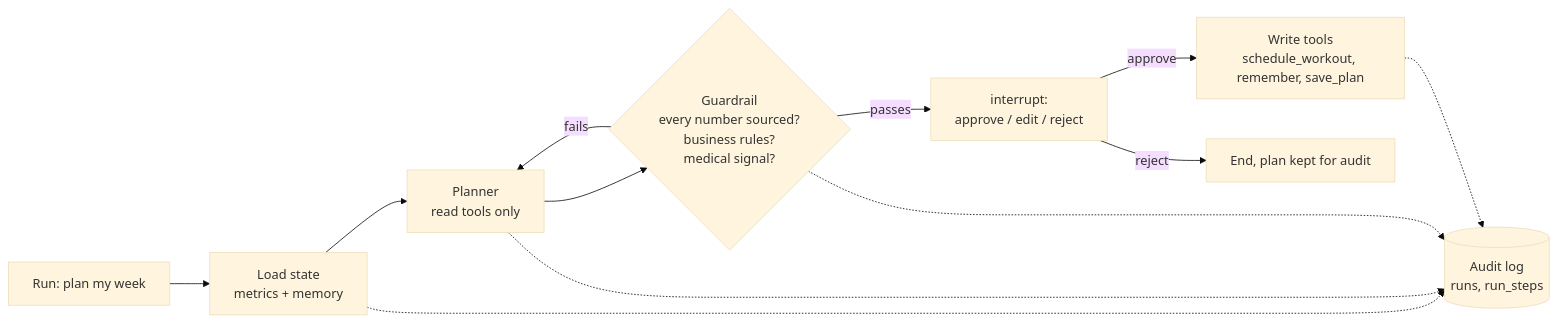
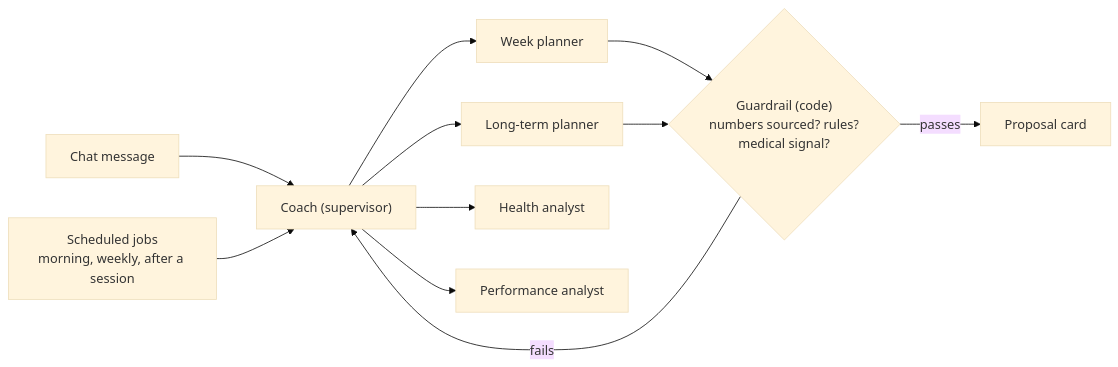
One commit to gabrielkpo/lifter changed the second of 2 diagrams in README.md. Above: the diagram before and after it, drawn with Mermaid (base theme). The commit also changed other lines of this file and 16 other files, not shown here.

````diff
--- a/README.md
+++ b/README.md
@@ -41,14 +55,13 @@
 ```mermaid
 flowchart LR
-    U["Run: plan my week"] --> L["Load state<br/>metrics + memory"]
-    L --> P["Planner<br/>read tools only"]
-    P --> C{"Guardrail<br/>every number sourced?<br/>business rules?<br/>medical signal?"}
-    C -->|fails| P
-    C -->|passes| I["interrupt:<br/>approve / edit / reject"]
-    I -->|approve| X["Write tools<br/>schedule_workout, remember, save_plan"]
-    I -->|reject| E["End, plan kept for audit"]
-    L -.-> AU[("Audit log<br/>runs, run_steps")]
-    P -.-> AU
-    C -.-> AU
-    X -.-> AU
+    C["Chat message"] --> SV["Coach (supervisor)"]
+    J["Scheduled jobs<br/>morning, weekly, after a session"] --> SV
+    SV --> W["Week planner"]
+    SV --> L["Long-term planner"]
+    SV --> H["Health analyst"]
+    SV --> PF["Performance analyst"]
+    W --> GR{"Guardrail (code)<br/>numbers sourced? rules?<br/>medical signal?"}
+    L --> GR
+    GR -->|fails| SV
+    GR -->|passes| PR["Proposal card"]
 ```
````
